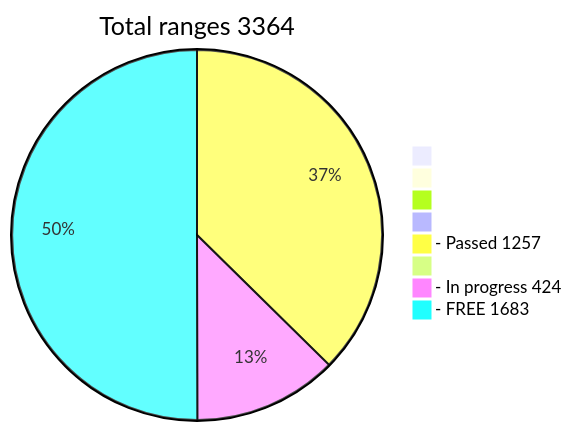
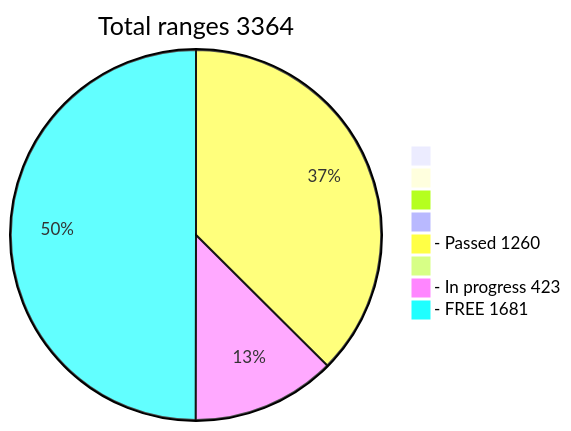
One commit to phrutis/wif500 changed the diagram in README.md. Above: the diagram before and after it, drawn with Mermaid.

````diff
--- a/README.md
+++ b/README.md
@@ -16,12 +16,12 @@
 ```mermaid
 pie title Total ranges 3364
              " " : 0
             "  " : 0
            "   " : 0
           "    " : 0
-  "- Passed 1257" : 1257
+  "- Passed 1260" : 1260
          "     " : 0
-  "- In progress 424" : 424
-   "- FREE 1683" : 1683
+  "- In progress 423" : 423
+   "- FREE 1681" : 1681
    
 ```
````
